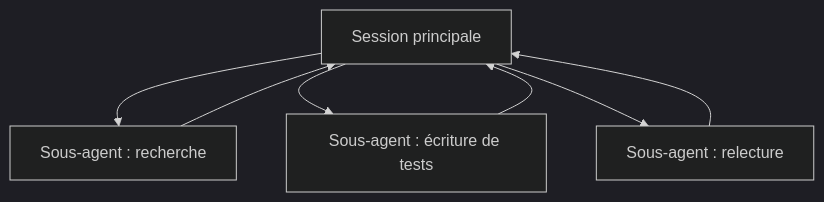
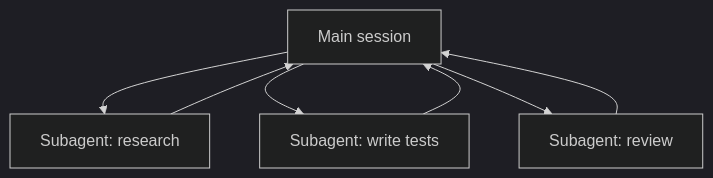
The diagram in i18n/fr/docusaurus-plugin-content-docs/current/claude-code/subagents.mdx (derob98/ailmanac), drawn with Mermaid (dark theme) before and after one commit. The commit also changed other lines of this file and 5 other files, not shown here.

````diff
--- a/i18n/fr/docusaurus-plugin-content-docs/current/claude-code/subagents.mdx
+++ b/i18n/fr/docusaurus-plugin-content-docs/current/claude-code/subagents.mdx
@@ -21,9 +25,9 @@
 ```mermaid
 flowchart TD
-  M[Session principale] --> A[Sous-agent : recherche]
-  M --> B[Sous-agent : écriture de tests]
-  M --> C[Sous-agent : relecture]
+  M[Main session] --> A[Subagent: research]
+  M --> B[Subagent: write tests]
+  M --> C[Subagent: review]
   A --> M
   B --> M
   C --> M
 ```
````
